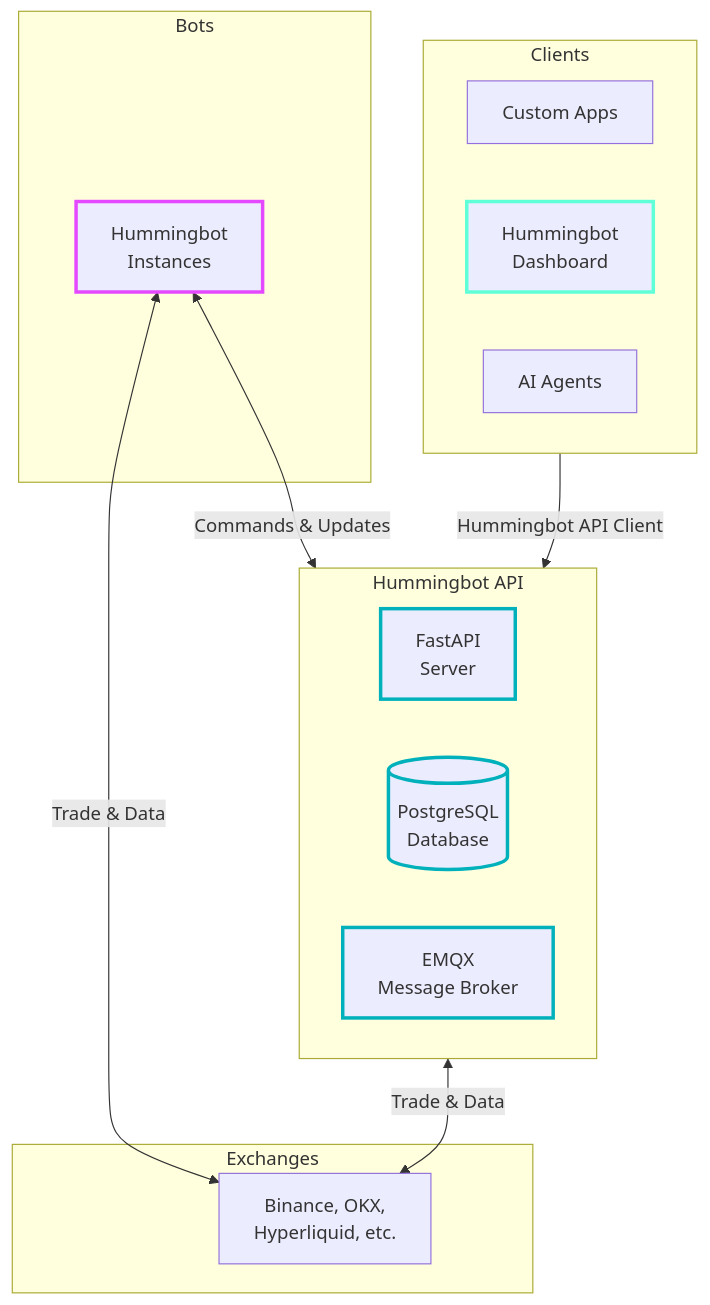
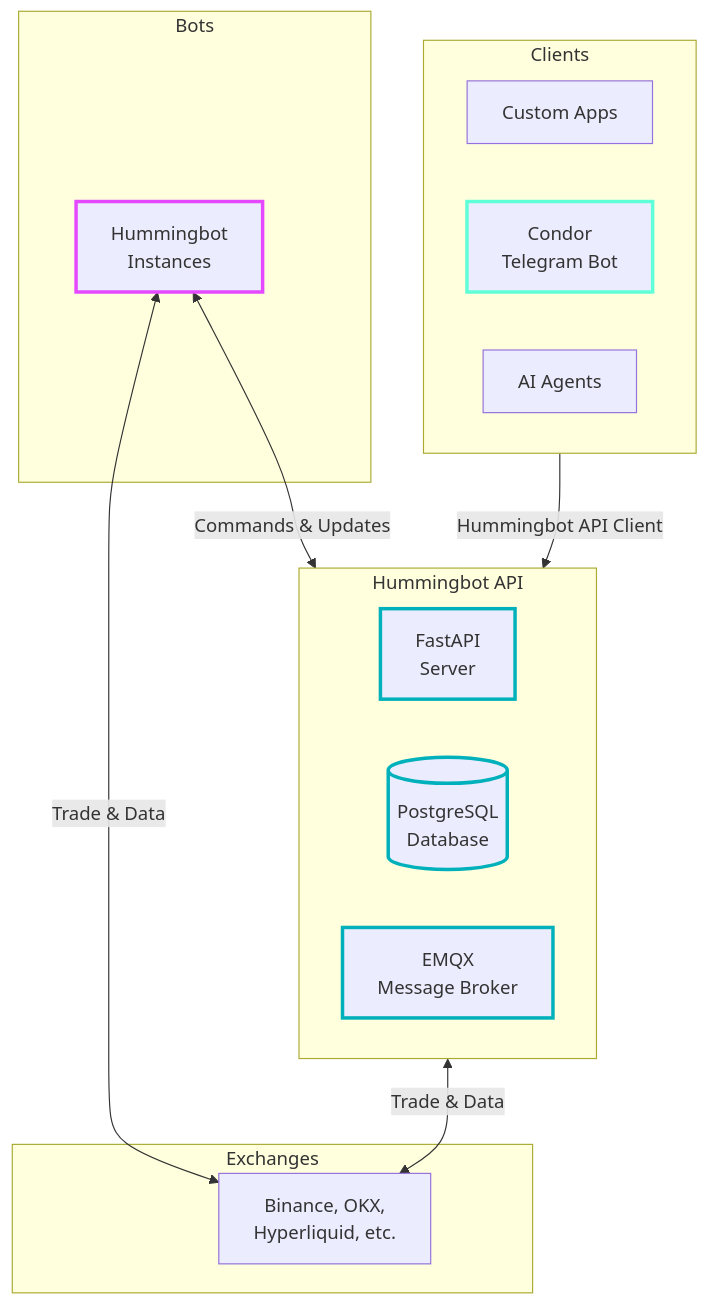
The diagram in docs/hummingbot-api/index.md (hummingbot/hummingbot-site), drawn with Mermaid before and after one commit. The commit also changed other lines of this file and 2 other files, not shown here.

First line of the commit message:
Update Hummingbot API docs to feature Condor over Dashboard

````diff
--- a/docs/hummingbot-api/index.md
+++ b/docs/hummingbot-api/index.md
@@ -39,43 +39,43 @@
 ```mermaid
 graph TB
     subgraph "Clients"
         direction LR
         CUSTOM[Custom Apps]
-        DASH[Hummingbot<br/>Dashboard]
+        CONDOR[Condor<br/>Telegram Bot]
         AI[AI Agents]
     end
-    
+
     subgraph "Hummingbot API"
         direction LR
         API["FastAPI<br/>Server<br/>"]
         PG[(PostgreSQL<br/>Database)]
         MQTT[EMQX<br/>Message Broker]
     end
-    
+
     subgraph "Bots"
         BOTS[Hummingbot<br/>Instances]
     end
-    
+
     subgraph "Exchanges"
         EX[Binance, OKX,<br/>Hyperliquid, etc.]
     end
-    
+
     %% Client connections using API Client
-    DASH -->|Hummingbot API Client| API
-        
+    CONDOR -->|Hummingbot API Client| API
+
     %% Bot connections
     BOTS <-->|Commands & Updates| MQTT
-    
+
     %% Exchange connections
     BOTS <-->|Trade & Data| EX
     API <-->|Trade & Data| EX
-    
+
     %% Apply theme colors
     classDef clientStyle stroke:#5FFFD7,stroke-width:3px
     classDef apiStyle stroke:#00B1BB,stroke-width:3px
     classDef botsStyle stroke:#E549FF,stroke-width:3px
-    
-    class DASH clientStyle
+
+    class CONDOR clientStyle
     class API,PG,MQTT apiStyle
     class BOTS botsStyle
 ```
````
